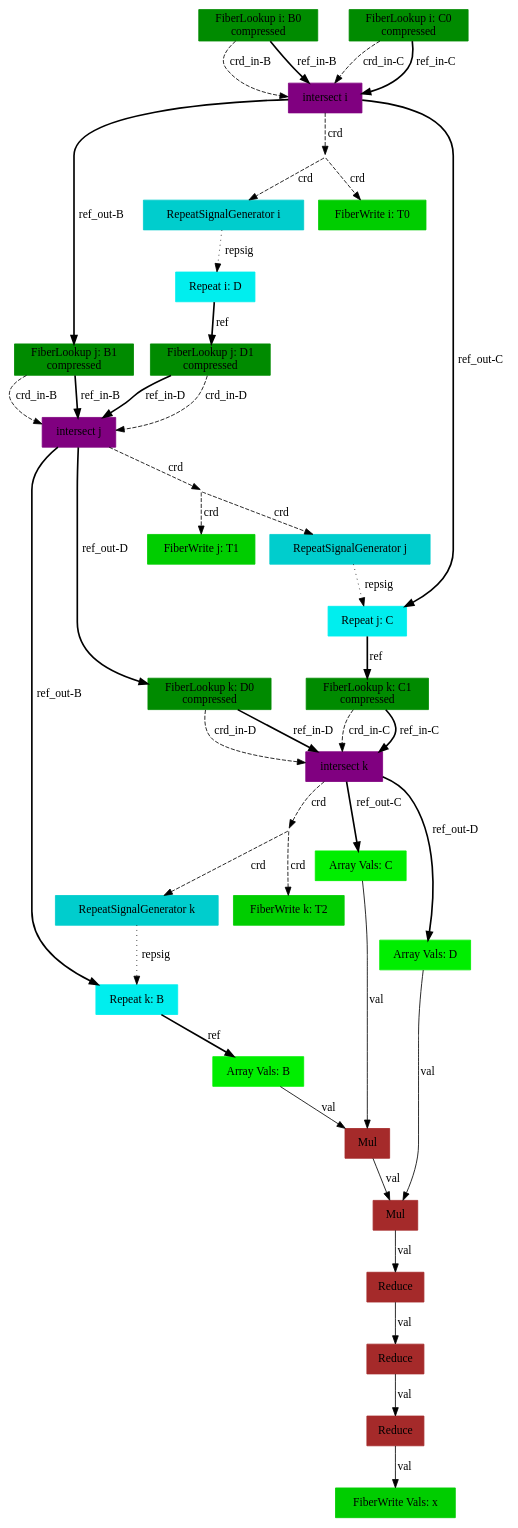
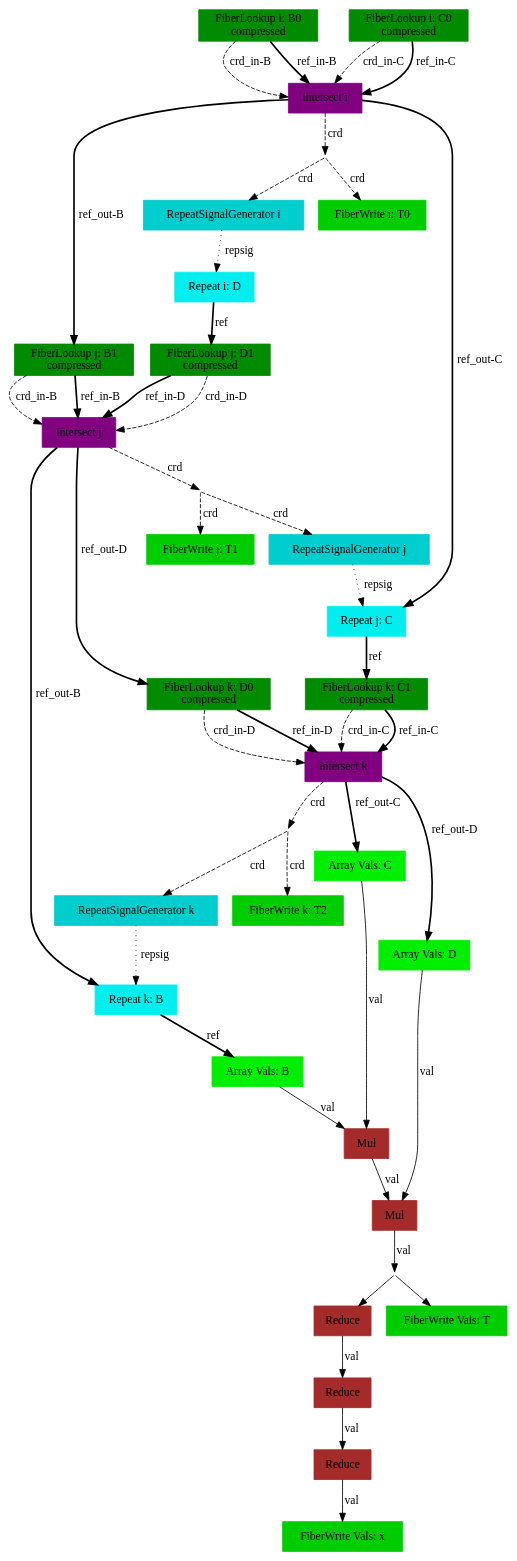
One commit to weiya711/sam changed the diagram in compiler/sam-outputs/dot/mat_mask_tri_fiberwrite.gv. Above: the diagram before and after it, drawn with Graphviz.

Commit message:
Add in fix to mat_mask_tri_fiberwrite

```diff
--- a/compiler/sam-outputs/dot/mat_mask_tri_fiberwrite.gv
+++ b/compiler/sam-outputs/dot/mat_mask_tri_fiberwrite.gv
@@ -1,80 +1,86 @@
 digraph SAM {
     comment="x=none,B=ss01,C=ss01,D=ss10"
     22 [comment="type=fiberlookup,index=i,tensor=B,mode=0,format=compressed,src=true,root=true" label="FiberLookup i: B0\ncompressed" color=green4 shape=box style=filled type="fiberlookup" index="i" tensor="B" mode="0" format="compressed" src="true" root="true"]
     21 [comment="type=intersect,index=i" label="intersect i" color=purple shape=box style=filled type="intersect" index="i"]
     20 [comment="type=repsiggen,index=i" label="RepeatSignalGenerator i" color=cyan3 shape=box style=filled type="repsiggen" index="i"]
     19 [comment="type=repeat,index=i,tensor=D,root=true" label="Repeat i: D" color=cyan2 shape=box style=filled type="repeat" index="i" tensor="D" root="true"]
     18 [comment="type=fiberlookup,index=j,tensor=D,mode=1,format=compressed,src=true,root=false" label="FiberLookup j: D1\ncompressed" color=green4 shape=box style=filled type="fiberlookup" index="j" tensor="D" mode="1" format="compressed" src="true" root="false"]
     16 [comment="type=intersect,index=j" label="intersect j" color=purple shape=box style=filled type="intersect" index="j"]
     15 [comment="type=repsiggen,index=j" label="RepeatSignalGenerator j" color=cyan3 shape=box style=filled type="repsiggen" index="j"]
     14 [comment="type=repeat,index=j,tensor=C,root=false" label="Repeat j: C" color=cyan2 shape=box style=filled type="repeat" index="j" tensor="C" root="false"]
     12 [comment="type=fiberlookup,index=k,tensor=C,mode=1,format=compressed,src=true,root=false" label="FiberLookup k: C1\ncompressed" color=green4 shape=box style=filled type="fiberlookup" index="k" tensor="C" mode="1" format="compressed" src="true" root="false"]
     11 [comment="type=intersect,index=k" label="intersect k" color=purple shape=box style=filled type="intersect" index="k"]
     10 [comment="type=repsiggen,index=k" label="RepeatSignalGenerator k" color=cyan3 shape=box style=filled type="repsiggen" index="k"]
     9 [comment="type=repeat,index=k,tensor=B,root=false" label="Repeat k: B" color=cyan2 shape=box style=filled type="repeat" index="k" tensor="B" root="false"]
     6 [comment="type=arrayvals,tensor=B" label="Array Vals: B" color=green2 shape=box style=filled type="arrayvals" tensor="B"]
     5 [comment="type=mul" label="Mul" color=brown shape=box style=filled type="mul"]
     4 [comment="type=mul" label="Mul" color=brown shape=box style=filled type="mul"]
     3 [comment="type=reduce" label="Reduce" color=brown shape=box style=filled type="reduce"]
     2 [comment="type=reduce" label="Reduce" color=brown shape=box style=filled type="reduce"]
     1 [comment="type=reduce" label="Reduce" color=brown shape=box style=filled type="reduce"]
     0 [comment="type=fiberwrite,mode=vals,tensor=x,size=1,sink=true" label="FiberWrite Vals: x" color=green3 shape=box style=filled type="fiberwrite" tensor="x" mode="vals" size="1" sink="true"]
     7 [comment="type=arrayvals,tensor=C" label="Array Vals: C" color=green2 shape=box style=filled type="arrayvals" tensor="C"]
     8 [comment="type=arrayvals,tensor=D" label="Array Vals: D" color=green2 shape=box style=filled type="arrayvals" tensor="D"]
     13 [comment="type=fiberlookup,index=k,tensor=D,mode=0,format=compressed,src=true,root=false" label="FiberLookup k: D0\ncompressed" color=green4 shape=box style=filled type="fiberlookup" index="k" tensor="D" mode="0" format="compressed" src="true" root="false"]
     17 [comment="type=fiberlookup,index=j,tensor=B,mode=1,format=compressed,src=true,root=false" label="FiberLookup j: B1\ncompressed" color=green4 shape=box style=filled type="fiberlookup" index="j" tensor="B" mode="1" format="compressed" src="true" root="false"]
     23 [comment="type=fiberlookup,index=i,tensor=C,mode=0,format=compressed,src=true,root=true" label="FiberLookup i: C0\ncompressed" color=green4 shape=box style=filled type="fiberlookup" index="i" tensor="C" mode="0" format="compressed" src="true" root="true"]
     
     24 [comment="type=fiberwrite,mode=0,tensor=T,size=B0_dim,sink=true" label="FiberWrite i: T0" color=green3 shape=box style=filled type="fiberwrite" tensor="T" mode="0" size="1" sink="true"]
     25 [comment="type=fiberwrite,mode=1,tensor=T,size=B0_dim*B1_dim,sink=true" label="FiberWrite j: T1" color=green3 shape=box style=filled type="fiberwrite" tensor="T" mode="1" size="B0_dim*B1_dim" sink="true"]
     26 [comment="type=fiberwrite,mode=2,tensor=T,size=B0_dim*B1_dim*C1_dim,sink=true" label="FiberWrite k: T2" color=green3 shape=box style=filled type="fiberwrite" tensor="T" mode="2" size="B0_dim*B1_dim*C1_dim" sink="true"]
-    
+    30 [comment="type=fiberwrite,mode=vals,tensor=T,size=B0_dim*B1_dim*C1_dim,sink=true" label="FiberWrite Vals: T" color=green3 shape=box style=filled type="fiberwrite" tensor="T" mode="vals" size="B0_dim*B1_dim*C1_dim" sink="true"]
+
     27 [comment="type=broadcast" shape=point style=invis type="broadcast"]
     28 [comment="type=broadcast" shape=point style=invis type="broadcast"]
     29 [comment="type=broadcast" shape=point style=invis type="broadcast"]
-    
+    31 [comment="type=broadcast" shape=point style=invis type="broadcast"]
+
     22 -> 21 [label="crd_in-B" style=dashed type="crd" comment="in-B"]
     21 -> 27 [label="crd" style=dashed type="crd"]
     27 -> 20 [label="crd" style=dashed type="crd"]
     27 -> 24 [label="crd" style=dashed type="crd"]
-    
+
     20 -> 19 [label="repsig" style=dotted type="repsig"]
     19 -> 18 [label="ref" style=bold type="ref"]
     18 -> 16 [label="crd_in-D" style=dashed type="crd" comment="in-D"]
     16 -> 28 [label="crd" style=dashed type="crd"]
     28 -> 15 [label="crd" style=dashed type="crd"]
     28 -> 25 [label="crd" style=dashed type="crd"]
-    
+
     15 -> 14 [label="repsig" style=dotted type="repsig"]
     14 -> 12 [label="ref" style=bold type="ref"]
     12 -> 11 [label="crd_in-C" style=dashed type="crd" comment="in-C"]
     11 -> 29 [label="crd" style=dashed type="crd"]
     29 -> 10 [label="crd" style=dashed type="crd"]
     29 -> 26 [label="crd" style=dashed type="crd"]
-    
+
     10 -> 9 [label="repsig" style=dotted type="repsig"]
     9 -> 6 [label="ref" style=bold type="ref"]
     6 -> 5 [label="val" type="val"]
     5 -> 4 [label="val" type="val"]
-    4 -> 3 [label="val" type="val"]
+    4 -> 31 [label="val" type="val"]
+    31 -> 3
+    31 -> 30
+    
     3 -> 2 [label="val" type="val"]
     2 -> 1 [label="val" type="val"]
     1 -> 0 [label="val" type="val"]
     11 -> 7 [label="ref_out-C" style=bold type="ref" comment="out-C"]
     7 -> 5 [label="val" type="val"]
     11 -> 8 [label="ref_out-D" style=bold type="ref" comment="out-D"]
     8 -> 4 [label="val" type="val"]
     12 -> 11 [label="ref_in-C" style=bold type="ref" comment="in-C"]
     16 -> 9 [label="ref_out-B" style=bold type="ref" comment="out-B"]
     16 -> 13 [label="ref_out-D" style=bold type="ref" comment="out-D"]
     13 -> 11 [label="crd_in-D" style=dashed type="crd" comment="in-D"]
     13 -> 11 [label="ref_in-D" style=bold type="ref" comment="in-D"]
     18 -> 16 [label="ref_in-D" style=bold type="ref" comment="in-D"]
     21 -> 17 [label="ref_out-B" style=bold type="ref" comment="out-B"]
     17 -> 16 [label="crd_in-B" style=dashed type="crd" comment="in-B"]
     17 -> 16 [label="ref_in-B" style=bold type="ref" comment="in-B"]
     21 -> 14 [label="ref_out-C" style=bold type="ref" comment="out-C"]
     22 -> 21 [label="ref_in-B" style=bold type="ref" comment="in-B"]
     23 -> 21 [label="crd_in-C" style=dashed type="crd" comment="in-C"]
     23 -> 21 [label="ref_in-C" style=bold type="ref" comment="in-C"]
+    
 }
```
